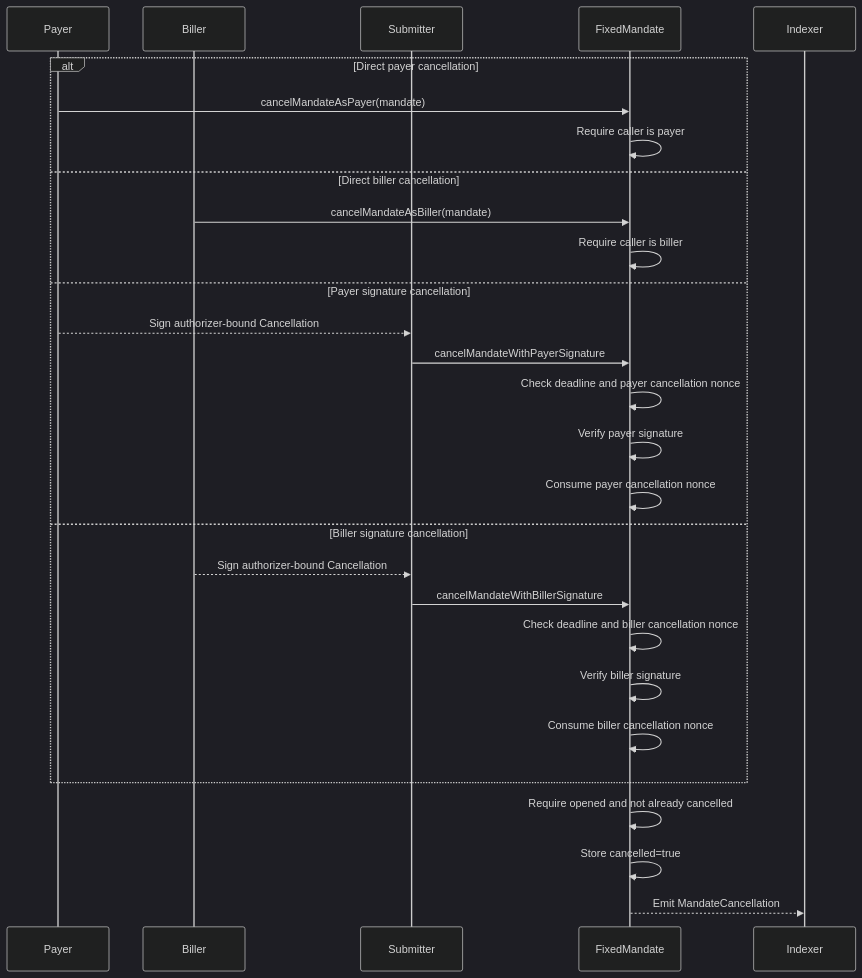
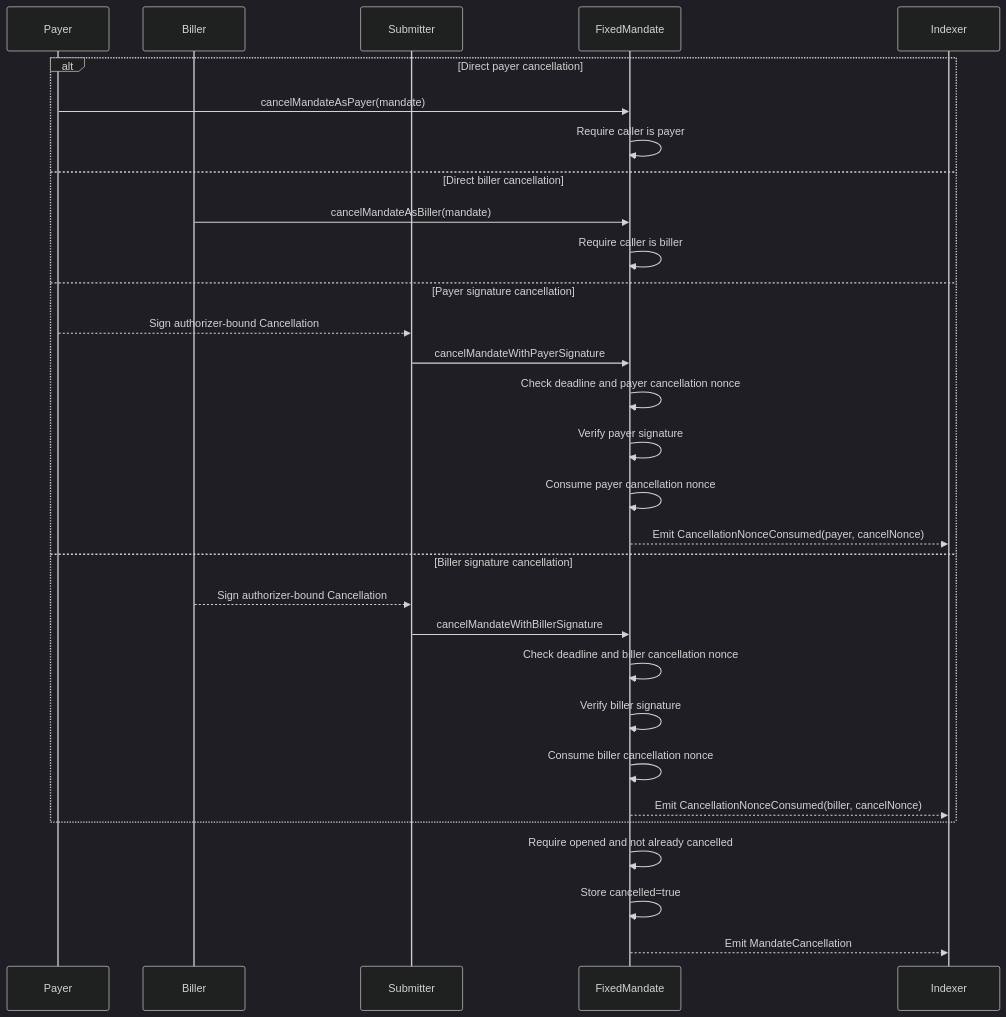
The fourth of 4 diagrams in PROTOCOL.md (alexroan/mandate-protocol), drawn with Mermaid (dark theme) before and after one commit. The commit also changed other lines of this file and 5 other files, not shown here.

Commit message:
Cancellation nonce event

````diff
--- a/PROTOCOL.md
+++ b/PROTOCOL.md
@@ -358,31 +358,33 @@
 ```mermaid
 sequenceDiagram
     participant P as Payer
     participant B as Biller
     participant C as Submitter
     participant E as FixedMandate
     participant I as Indexer
 
     alt Direct payer cancellation
         P->>E: cancelMandateAsPayer(mandate)
         E->>E: Require caller is payer
     else Direct biller cancellation
         B->>E: cancelMandateAsBiller(mandate)
         E->>E: Require caller is biller
     else Payer signature cancellation
         P-->>C: Sign authorizer-bound Cancellation
         C->>E: cancelMandateWithPayerSignature
         E->>E: Check deadline and payer cancellation nonce
         E->>E: Verify payer signature
         E->>E: Consume payer cancellation nonce
+        E-->>I: Emit CancellationNonceConsumed(payer, cancelNonce)
     else Biller signature cancellation
         B-->>C: Sign authorizer-bound Cancellation
         C->>E: cancelMandateWithBillerSignature
         E->>E: Check deadline and biller cancellation nonce
         E->>E: Verify biller signature
         E->>E: Consume biller cancellation nonce
+        E-->>I: Emit CancellationNonceConsumed(biller, cancelNonce)
     end
     E->>E: Require opened and not already cancelled
     E->>E: Store cancelled=true
     E-->>I: Emit MandateCancellation
 ```
````
